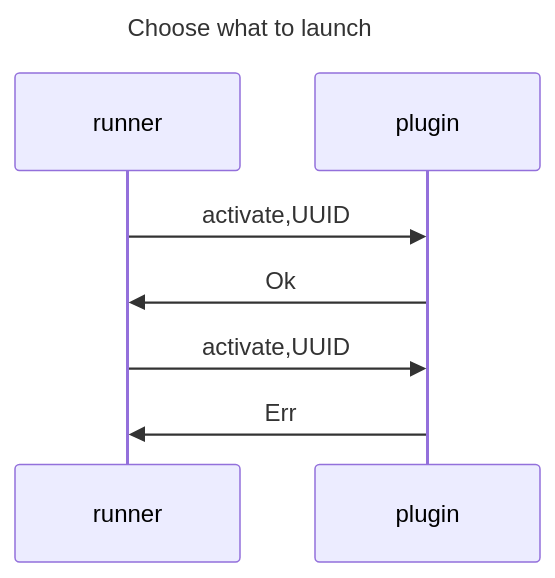
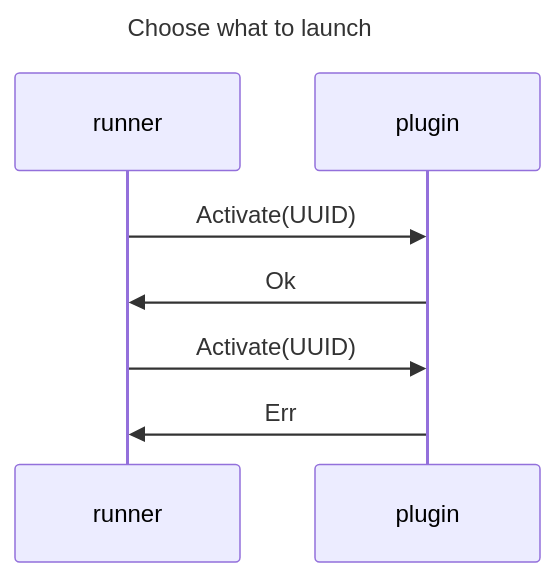
Before and after one commit to bzglve/unirun: the third of 3 diagrams in NOTES.md, drawn with Mermaid. The commit also changed other lines of this file and 9 other files, not shown here.

````diff
--- a/NOTES.md
+++ b/NOTES.md
@@ -42,11 +46,11 @@
 ```mermaid
 sequenceDiagram
     title Choose what to launch
     participant runner
     participant plugin
 
-    runner ->> plugin: activate,UUID
+    runner ->> plugin: Activate(UUID)
     plugin ->> runner: Ok
-    runner ->> plugin: activate,UUID
+    runner ->> plugin: Activate(UUID)
     plugin ->> runner: Err
 ```
````
